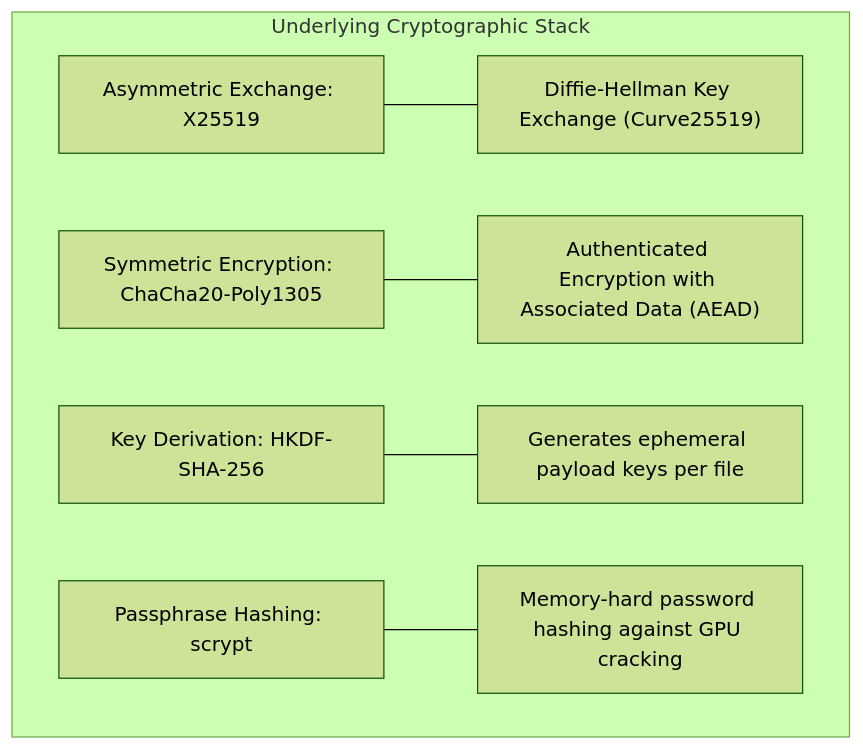
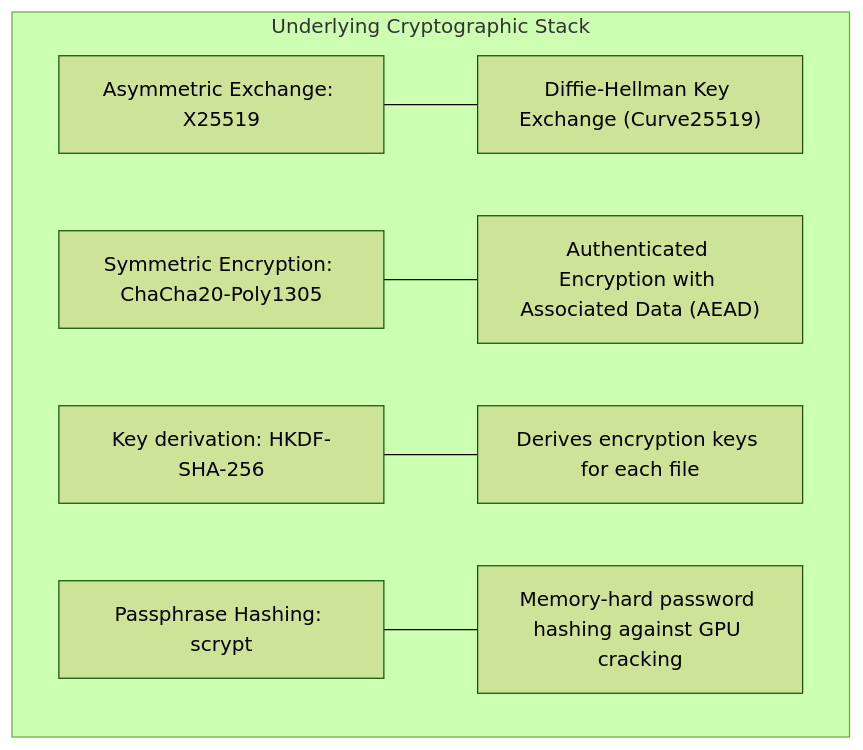
The second of 3 diagrams in src/content/en/how-to/age-file-encryption.md (jose-oc/joseoc-dev), drawn with Mermaid (forest theme) before and after one commit. The commit also changed other lines of this file and 1 other file, not shown here.

````diff
--- a/src/content/en/how-to/age-file-encryption.md
+++ b/src/content/en/how-to/age-file-encryption.md
@@ -76,9 +76,9 @@
 ```mermaid
 flowchart TD
     subgraph Primitives ["Underlying Cryptographic Stack"]
         A["Asymmetric Exchange: X25519"] --- B["Diffie-Hellman Key Exchange (Curve25519)"]
         C["Symmetric Encryption: ChaCha20-Poly1305"] --- D["Authenticated Encryption with Associated Data (AEAD)"]
-        E["Key Derivation: HKDF-SHA-256"] --- F["Generates ephemeral payload keys per file"]
+        E["Key derivation: HKDF-SHA-256"] --- F["Derives encryption keys for each file"]
         G["Passphrase Hashing: scrypt"] --- H["Memory-hard password hashing against GPU cracking"]
     end
 ```
````
